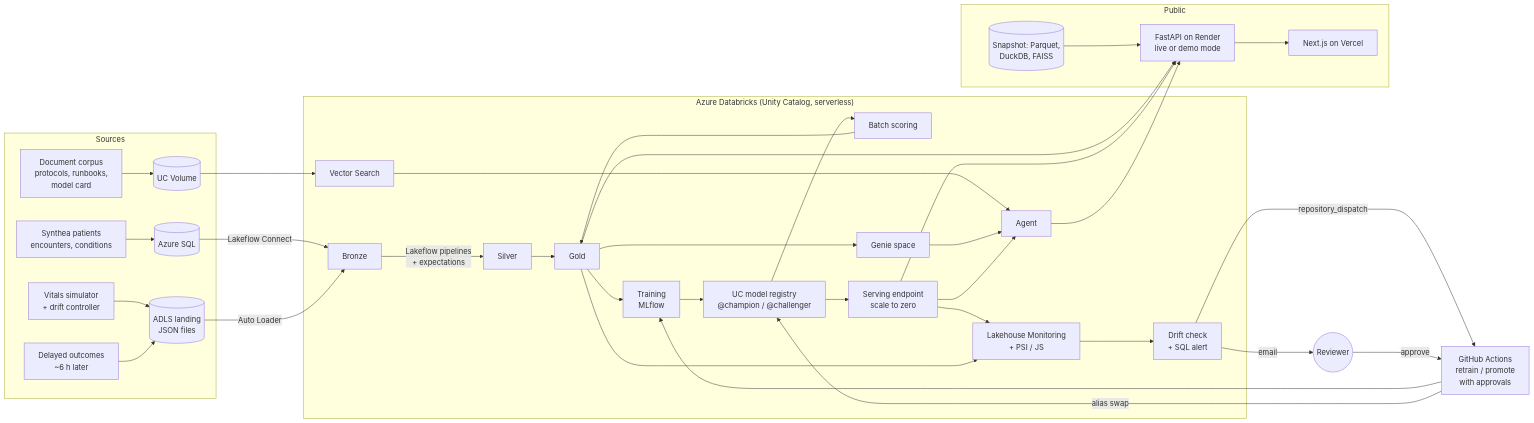
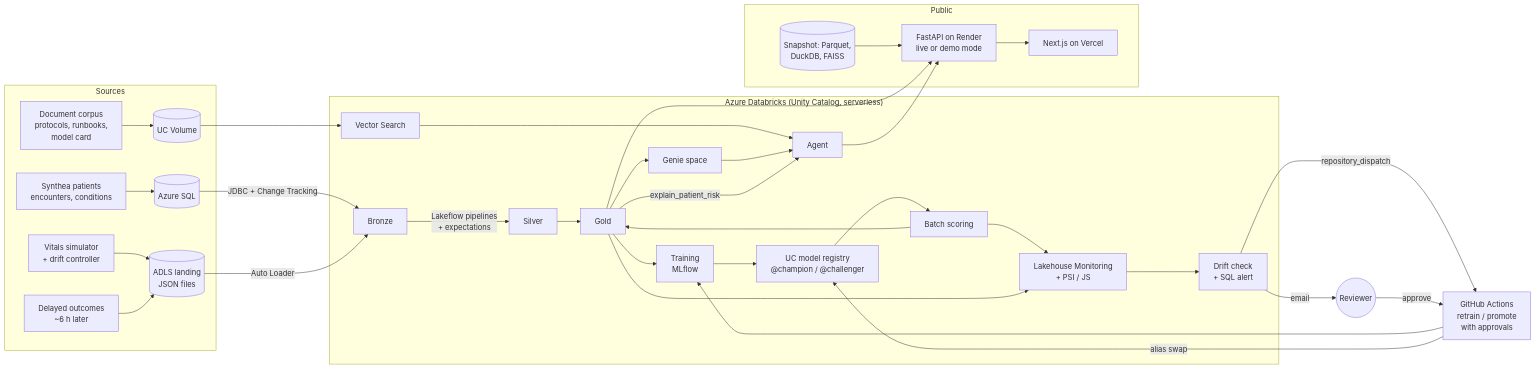
One commit to kelvin-meyet/HeavDen-Nexus-Databricks changed the diagram in README.md. Above: the diagram before and after it, drawn with Mermaid. The commit also changed other lines of this file and 2 other files, not shown here.

````diff
--- a/README.md
+++ b/README.md
@@ -66,43 +79,41 @@
 ```mermaid
 flowchart LR
   subgraph Sources
     SY[Synthea patients<br/>encounters, conditions] --> ASQL[(Azure SQL)]
     VS[Vitals simulator<br/>+ drift controller] --> ADLS[(ADLS landing<br/>JSON files)]
     LBL[Delayed outcomes<br/>~6 h later] --> ADLS
     DOCS[Document corpus<br/>protocols, runbooks,<br/>model card] --> VOL[(UC Volume)]
   end
 
   subgraph Databricks["Azure Databricks (Unity Catalog, serverless)"]
-    ASQL -- Lakeflow Connect --> B[Bronze]
+    ASQL -- JDBC + Change Tracking --> B[Bronze]
     ADLS -- Auto Loader --> B
     B -- Lakeflow pipelines<br/>+ expectations --> S[Silver]
     S --> G[Gold]
     G --> TR[Training<br/>MLflow]
     TR --> REG[UC model registry<br/>@champion / @challenger]
     REG --> BS[Batch scoring]
-    REG --> EP[Serving endpoint<br/>scale to zero]
     BS --> G
-    EP --> LM[Lakehouse Monitoring<br/>+ PSI / JS]
+    BS --> LM[Lakehouse Monitoring<br/>+ PSI / JS]
     G --> LM
     LM --> AL[Drift check<br/>+ SQL alert]
     VOL --> VSI[Vector Search]
     G --> GEN[Genie space]
     VSI --> AG[Agent]
     GEN --> AG
-    EP --> AG
+    G -- explain_patient_risk --> AG
   end
 
   AL -- email --> ME((Reviewer))
   AL -- repository_dispatch --> GH[GitHub Actions<br/>retrain / promote<br/>with approvals]
   ME -- approve --> GH
   GH --> TR
   GH -- alias swap --> REG
 
   subgraph Public
     API[FastAPI on Render<br/>live or demo mode] --> UI[Next.js on Vercel]
     SNAP[(Snapshot: Parquet,<br/>DuckDB, FAISS)] --> API
   end
   G --> API
-  EP --> API
   AG --> API
 ```
````
